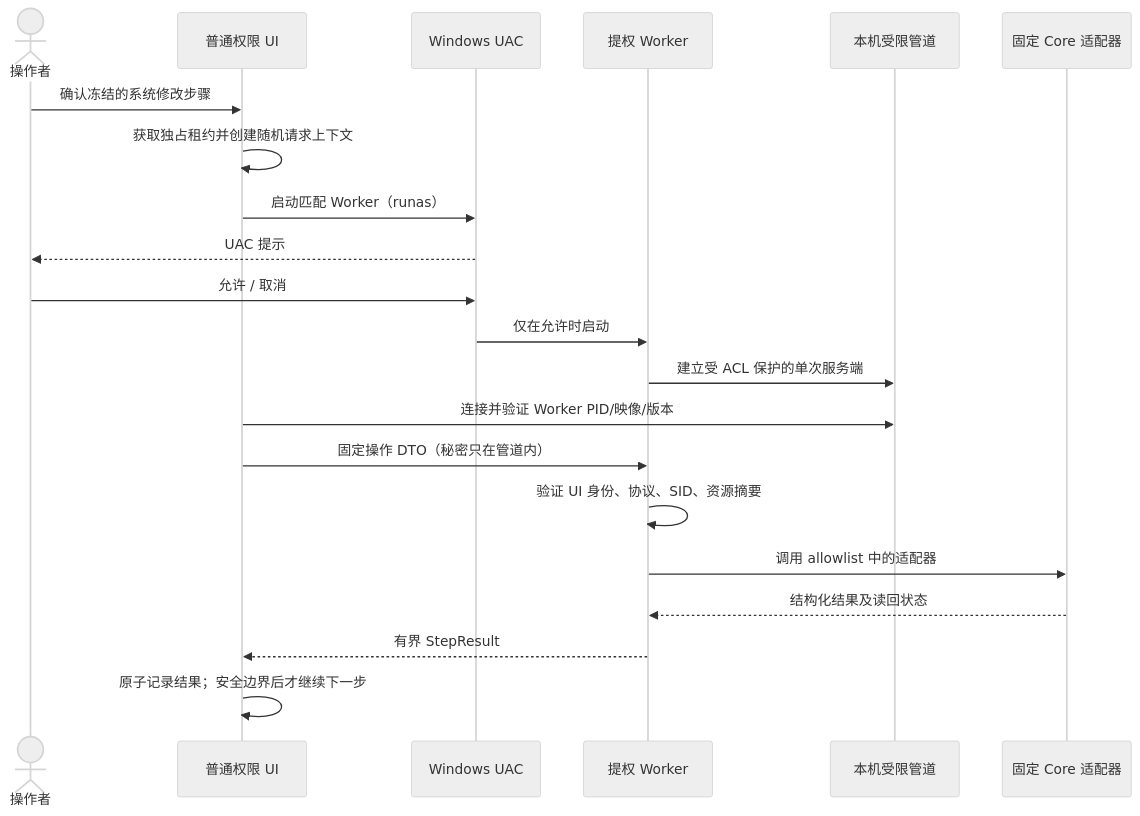
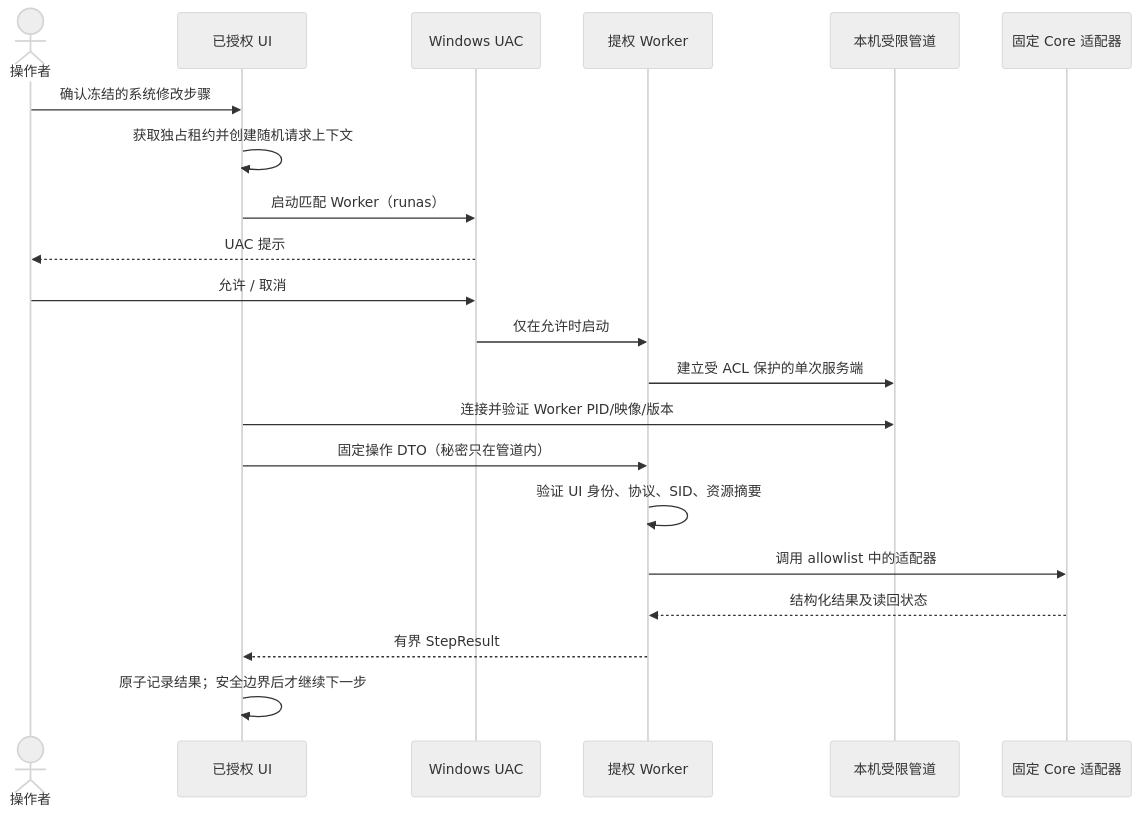
The diagram in specs/p3-worker-uac/design.md (Ljc798/veyon-campus-deployment), drawn with Mermaid (neutral theme) before and after one commit. The commit also changed other lines of this file and 35 other files, not shown here.

````diff
--- a/specs/p3-worker-uac/design.md
+++ b/specs/p3-worker-uac/design.md
@@ -19,23 +19,23 @@
 ```mermaid
 sequenceDiagram
     actor User as 操作者
-    participant UI as 普通权限 UI
+    participant UI as 已授权 UI
     participant OS as Windows UAC
     participant W as 提权 Worker
     participant P as 本机受限管道
     participant A as 固定 Core 适配器
     User->>UI: 确认冻结的系统修改步骤
     UI->>UI: 获取独占租约并创建随机请求上下文
     UI->>OS: 启动匹配 Worker（runas）
     OS-->>User: UAC 提示
     User->>OS: 允许 / 取消
     OS->>W: 仅在允许时启动
     W->>P: 建立受 ACL 保护的单次服务端
     UI->>P: 连接并验证 Worker PID/映像/版本
     UI->>W: 固定操作 DTO（秘密只在管道内）
     W->>W: 验证 UI 身份、协议、SID、资源摘要
     W->>A: 调用 allowlist 中的适配器
     A-->>W: 结构化结果及读回状态
     W-->>UI: 有界 StepResult
     UI->>UI: 原子记录结果；安全边界后才继续下一步
 ```
````
